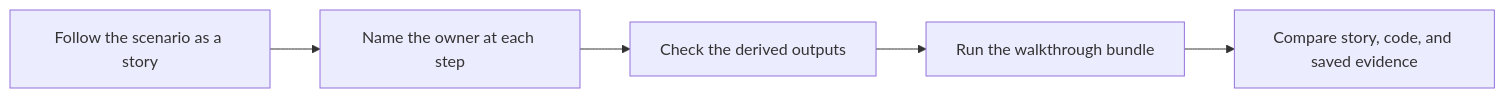
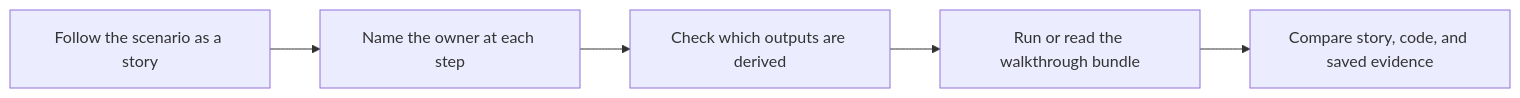
One commit to bijux/bijux-masterclass changed the second of 2 diagrams in programs/python-programming/python-object-oriented-programming/course-book/capstone/capstone-walkthrough.md. Above: the diagram before and after it, drawn with Mermaid. The commit also changed other lines of this file, not shown here.

Commit message:
docs(oop): make the walkthrough teach ownership step by step

````diff
--- a/programs/python-programming/python-object-oriented-programming/course-book/capstone/capstone-walkthrough.md
+++ b/programs/python-programming/python-object-oriented-programming/course-book/capstone/capstone-walkthrough.md
@@ -19,7 +19,7 @@
 ```mermaid
 flowchart LR
   story["Follow the scenario as a story"] --> owner["Name the owner at each step"]
-  owner --> output["Check the derived outputs"]
-  output --> command["Run the walkthrough bundle"]
-  command --> compare["Compare story, code, and saved evidence"]
+  owner --> output["Check which outputs are derived"]
+  output --> bundle["Run or read the walkthrough bundle"]
+  bundle --> compare["Compare story, code, and saved evidence"]
 ```
````
